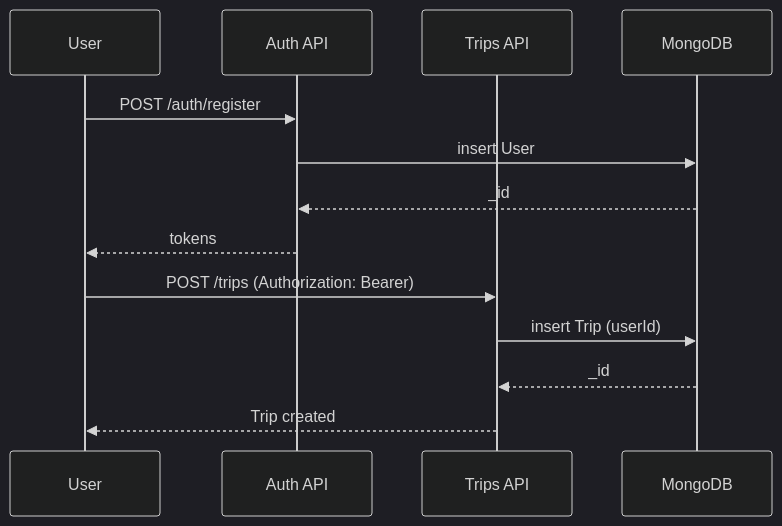
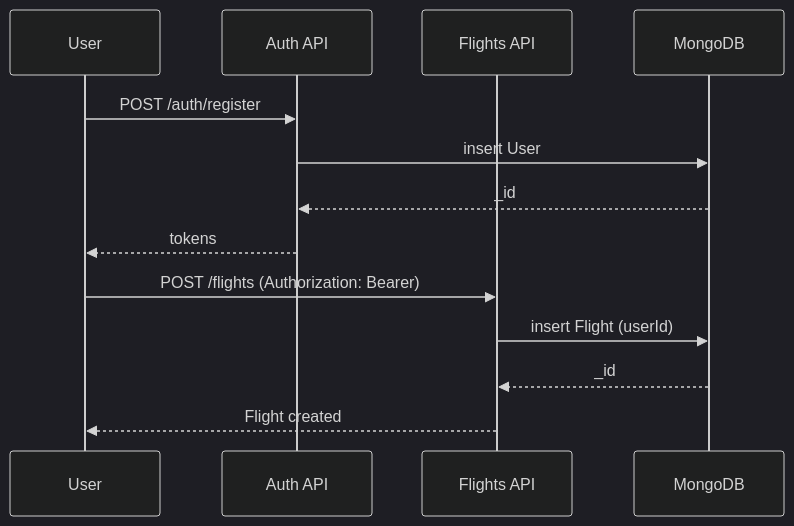
Before and after one commit to Colin-Stark/travelwise-server: the third of 4 diagrams in projectDescription.md, drawn with Mermaid (dark theme). The commit also changed other lines of this file and 29 other files, not shown here.

````diff
--- a/projectDescription.md
+++ b/projectDescription.md
@@ -393,17 +393,17 @@
 ```mermaid
 sequenceDiagram
   participant U as User
   participant A as Auth API
-  participant T as Trips API
+  participant T as Flights API
   participant DB as MongoDB
 
   U->>A: POST /auth/register
   A->>DB: insert User
   DB-->>A: _id
   A-->>U: tokens
 
-  U->>T: POST /trips (Authorization: Bearer)
-  T->>DB: insert Trip (userId)
+  U->>T: POST /flights (Authorization: Bearer)
+  T->>DB: insert Flight (userId)
   DB-->>T: _id
-  T-->>U: Trip created
+  T-->>U: Flight created
 ```
````
